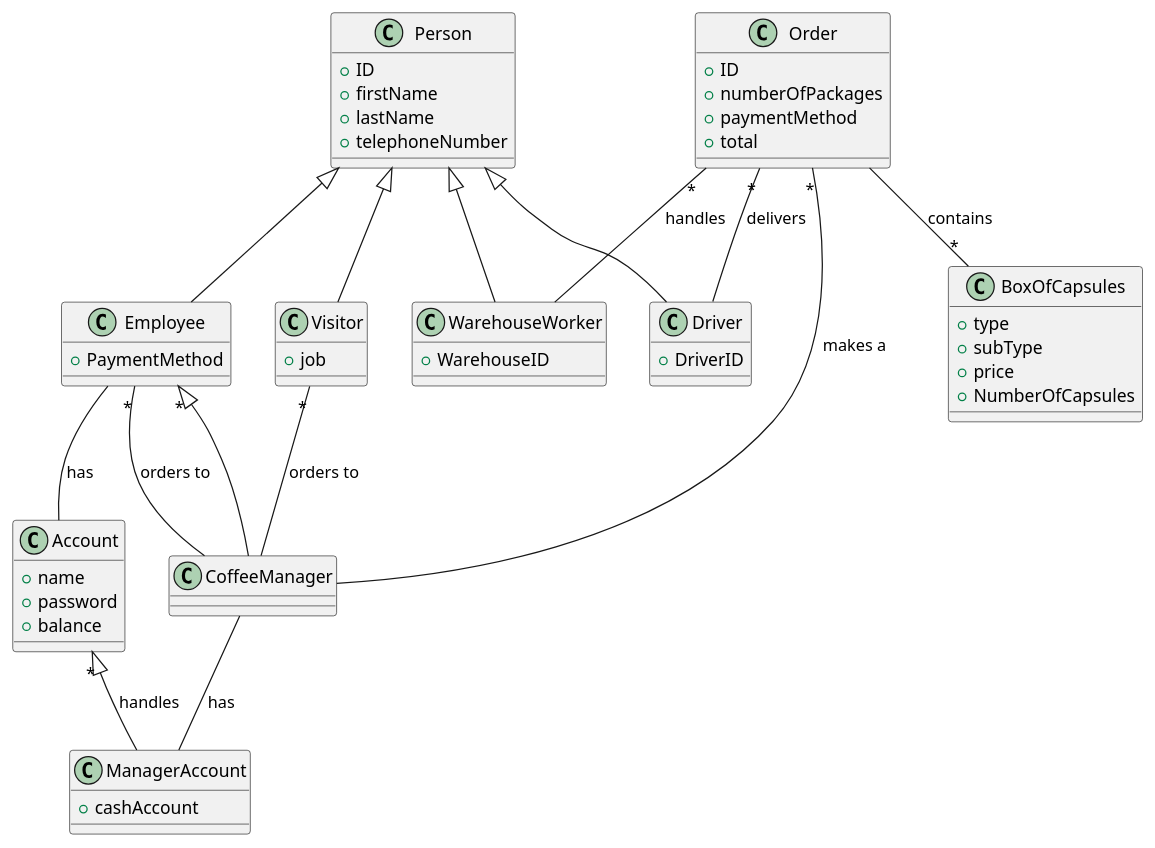
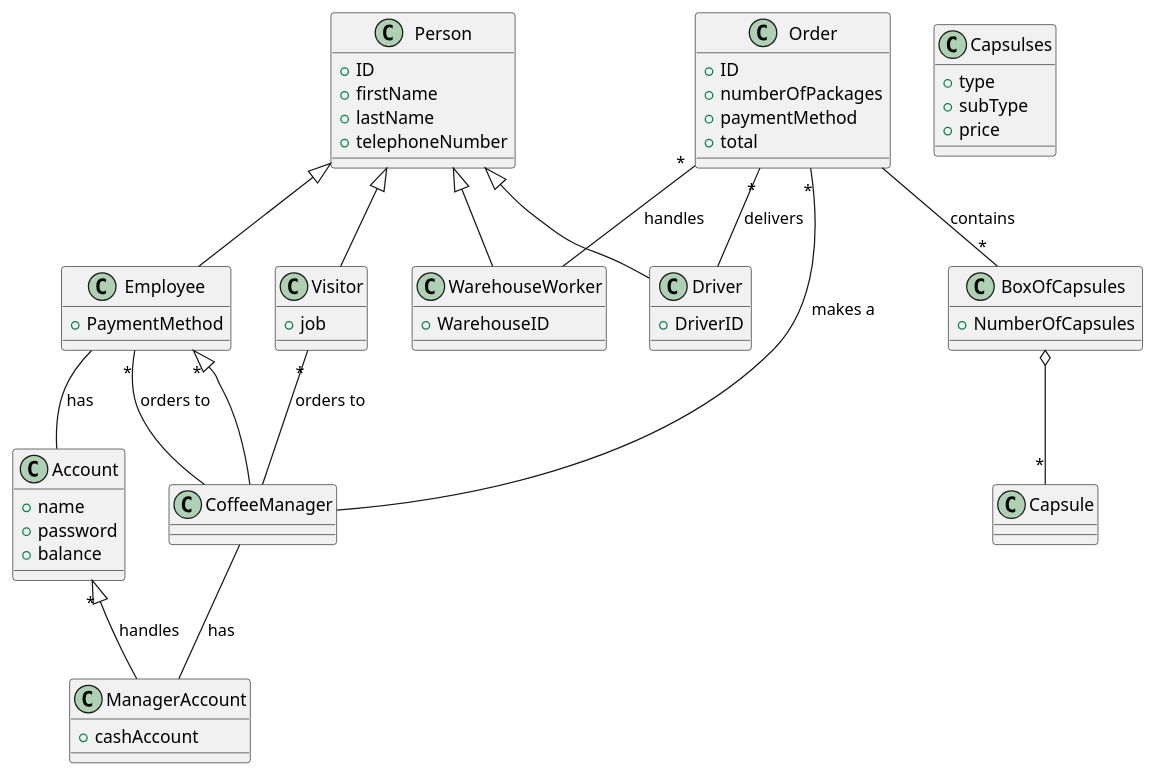
The third of 4 diagrams in templates/RequirementsTemplate.md (salvatore-dimartino/LaTazza), drawn with PlantUML before and after one commit.

````diff
--- a/templates/RequirementsTemplate.md
+++ b/templates/RequirementsTemplate.md
@@ -500,75 +500,80 @@
 ```plantuml
 @startuml
 
 class Person {
     +ID
 	+firstName
 	+lastName
 	+telephoneNumber
 }
 
 class Employee {
     
     +PaymentMethod
 }
 
 class WarehouseWorker{
     +WarehouseID
 }
 
 class Visitor {
 
     +job
 }
 
 class CoffeeManager {
 
 }
 
 class BoxOfCapsules {
 
-	+type
+	+NumberOfCapsules
+}
+
+class Capsulses {
+    
+    +type
 	+subType
 	+price
-	+NumberOfCapsules
 }
 
 class Account {
 
 	+name
 	+password
 	+balance
 }
 
 class Order {
 
 	+ID
 	+numberOfPackages
 	+paymentMethod
 	+total
 }
 
 class ManagerAccount {
     +cashAccount
 }
 
 class Driver {
     +DriverID
 }
 
 Order "*" -- WarehouseWorker :handles
 Order "*" -- Driver :delivers
 Person <|-- Employee
 Person <|-- Visitor
 Person <|-- Driver
 Person <|-- WarehouseWorker
+BoxOfCapsules o-- "*" Capsule
 Account "*" <|-- ManagerAccount :handles
 Employee "*" <|-- CoffeeManager
 Employee "*"-- CoffeeManager : orders to
 Order "*" -- CoffeeManager : makes a
 Visitor "*" -- CoffeeManager : orders to
 Order -- "*" BoxOfCapsules : contains
 Employee -- Account : has
 CoffeeManager -- ManagerAccount :has
 @enduml
 ```
````
